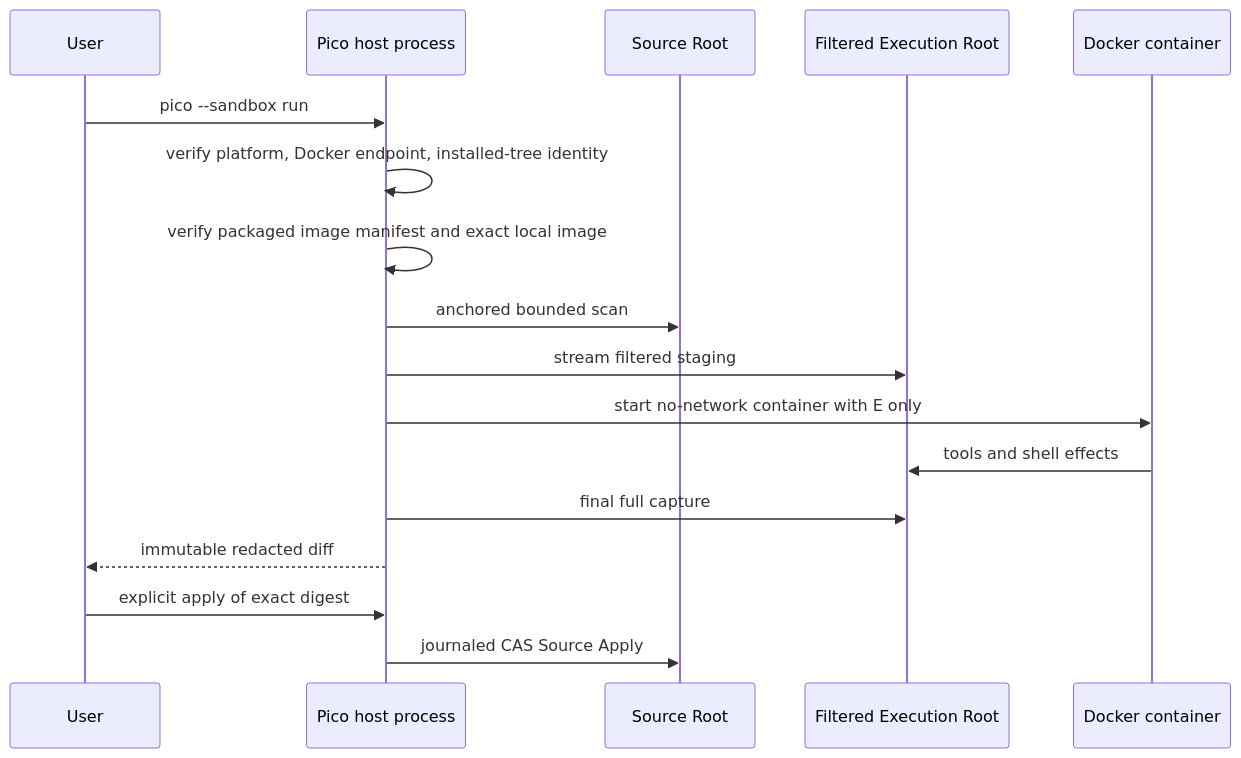
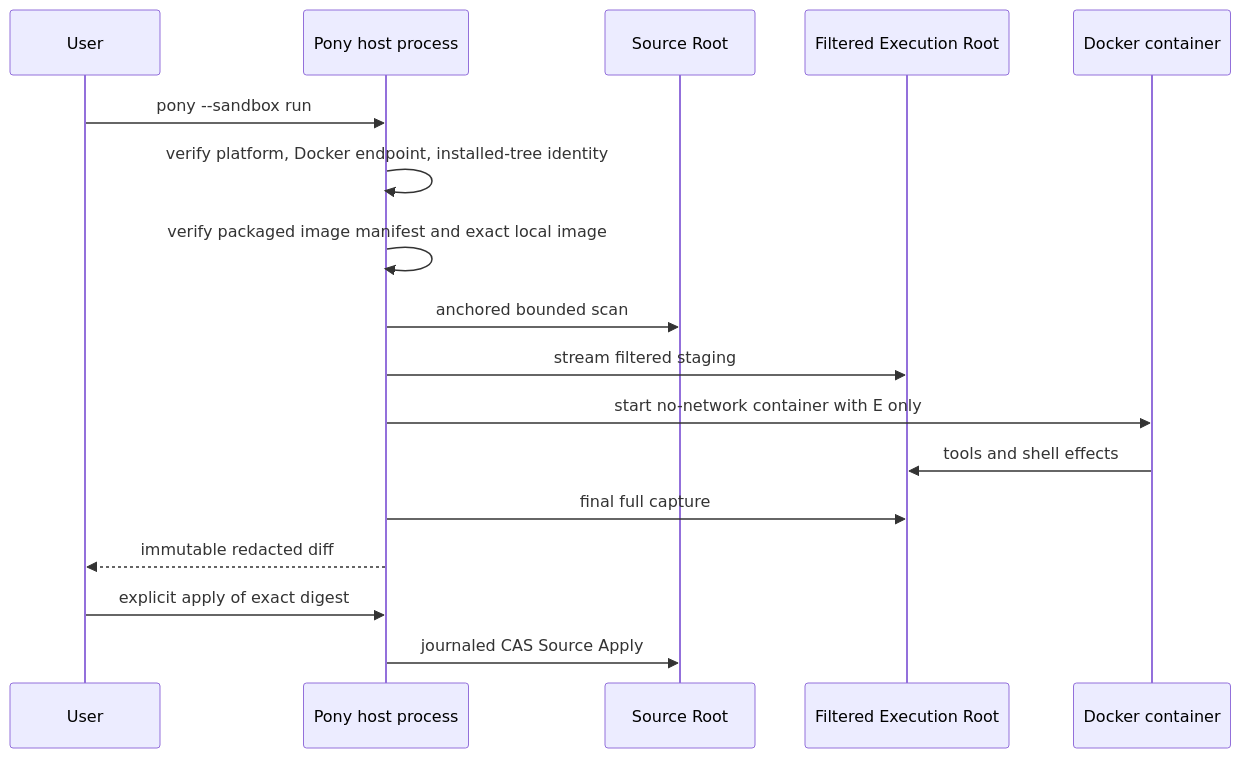
Before and after one commit to xiawiie/pony-code: the diagram in docs/local-stable-execution.md, drawn with Mermaid. The commit also changed other lines of this file and 381 other files, not shown here.

````diff
--- a/docs/local-stable-execution.md
+++ b/docs/local-stable-execution.md
@@ -21,20 +21,20 @@
 ```mermaid
 sequenceDiagram
     participant U as User
-    participant P as Pico host process
+    participant P as Pony host process
     participant S as Source Root
     participant E as Filtered Execution Root
     participant D as Docker container
 
-    U->>P: pico --sandbox run
+    U->>P: pony --sandbox run
     P->>P: verify platform, Docker endpoint, installed-tree identity
     P->>P: verify packaged image manifest and exact local image
     P->>S: anchored bounded scan
     P->>E: stream filtered staging
     P->>D: start no-network container with E only
     D->>E: tools and shell effects
     P->>E: final full capture
     P-->>U: immutable redacted diff
     U->>P: explicit apply of exact digest
     P->>S: journaled CAS Source Apply
 ```
````
